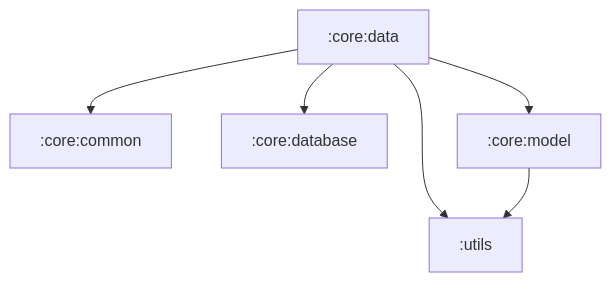
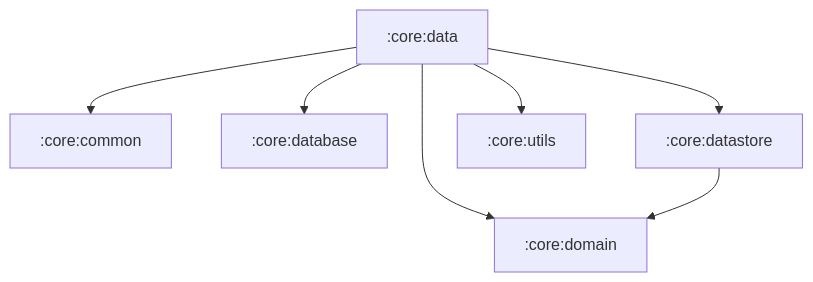
The diagram in module/core/data.md (HakusFactory/hakusfactory.github.io), drawn with Mermaid before and after one commit. The commit also changed other lines of this file and 12 other files, not shown here.

````diff
--- a/module/core/data.md
+++ b/module/core/data.md
@@ -3,16 +3,19 @@
 ```mermaid
 flowchart TD
 data[:core:data]
 
 data --> common
 data --> database
-data --> model
+data --> datastore
+data --> domain
 data --> utils
 
-model[:core:model]
-model --> utils
+datastore[:core:datastore]
+datastore --> domain
 
-utils[:utils]
+domain[:core:domain]
+
+common[:core:common]
 database[:core:database]
-common[:core:common]
+utils[:core:utils]
 ```
````
